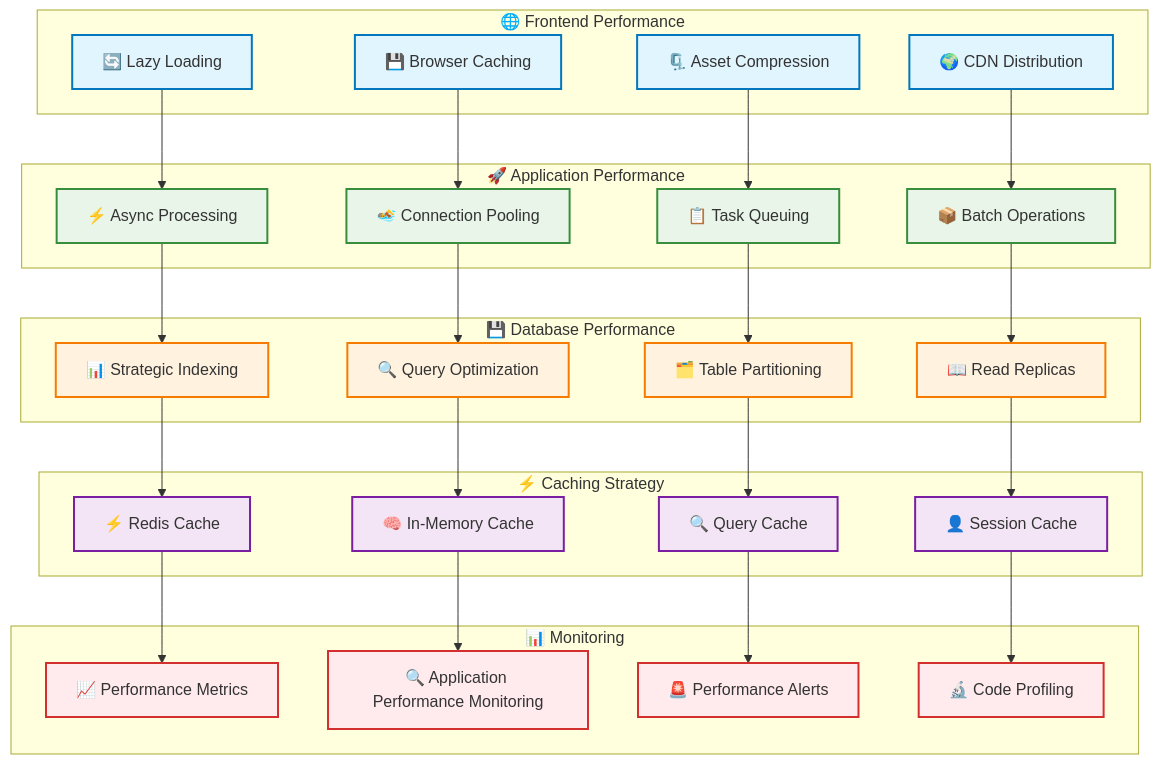
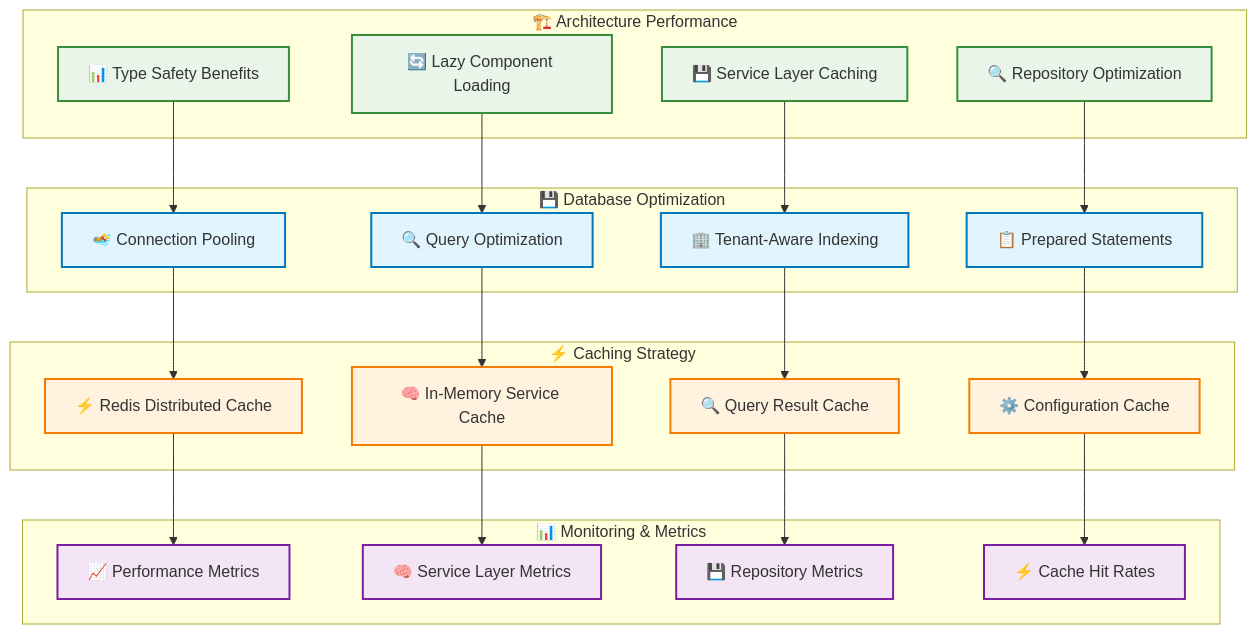
Diagram 14 of 16 in ARCHITECTURE.md (MakerCorn/ai-prompt-manager), drawn with Mermaid before and after one commit. The commit also changed other lines of this file and 39 other files, not shown here.

````diff
--- a/ARCHITECTURE.md
+++ b/ARCHITECTURE.md
@@ -977,69 +896,55 @@
 ```mermaid
 graph TB
-    subgraph "🌐 Frontend Performance"
-        LAZY[🔄 Lazy Loading]
-        CACHE_FE[💾 Browser Caching]
-        COMPRESS[🗜️ Asset Compression]
-        CDN[🌍 CDN Distribution]
+    subgraph "🏗️ Architecture Performance"
+        TYPE_SAFETY[📊 Type Safety Benefits]
+        LAZY_LOADING[🔄 Lazy Component Loading]
+        SERVICE_CACHING[💾 Service Layer Caching]
+        REPOSITORY_OPT[🔍 Repository Optimization]
     end
 
-    subgraph "🚀 Application Performance"
-        ASYNC[⚡ Async Processing]
-        POOL[🏊 Connection Pooling]
-        QUEUE[📋 Task Queuing]
-        BATCH[📦 Batch Operations]
-    end
-
-    subgraph "💾 Database Performance"
-        INDEX[📊 Strategic Indexing]
+    subgraph "💾 Database Optimization"
+        CONNECTION_POOL[🏊 Connection Pooling]
         QUERY_OPT[🔍 Query Optimization]
-        PARTITION[🗂️ Table Partitioning]
-        READ_REPLICA[📖 Read Replicas]
+        TENANT_INDEX[🏢 Tenant-Aware Indexing]
+        PREPARED_STMT[📋 Prepared Statements]
     end
 
     subgraph "⚡ Caching Strategy"
-        REDIS_CACHE[⚡ Redis Cache]
-        MEMORY_CACHE[🧠 In-Memory Cache]
-        QUERY_CACHE[🔍 Query Cache]
-        SESSION_CACHE[👤 Session Cache]
+        REDIS_CACHE[⚡ Redis Distributed Cache]
+        MEMORY_CACHE[🧠 In-Memory Service Cache]
+        QUERY_CACHE[🔍 Query Result Cache]
+        CONFIG_CACHE[⚙️ Configuration Cache]
     end
 
-    subgraph "📊 Monitoring"
-        METRICS[📈 Performance Metrics]
-        APM[🔍 Application Performance Monitoring]
-        ALERTS[🚨 Performance Alerts]
-        PROFILING[🔬 Code Profiling]
+    subgraph "📊 Monitoring & Metrics"
+        PERFORMANCE_METRICS[📈 Performance Metrics]
+        SERVICE_METRICS[🧠 Service Layer Metrics]
+        REPOSITORY_METRICS[💾 Repository Metrics]
+        CACHE_METRICS[⚡ Cache Hit Rates]
     end
 
-    LAZY --> ASYNC
-    CACHE_FE --> POOL
-    COMPRESS --> QUEUE
-    CDN --> BATCH
+    TYPE_SAFETY --> CONNECTION_POOL
+    LAZY_LOADING --> QUERY_OPT
+    SERVICE_CACHING --> TENANT_INDEX
+    REPOSITORY_OPT --> PREPARED_STMT
     
-    ASYNC --> INDEX
-    POOL --> QUERY_OPT
-    QUEUE --> PARTITION
-    BATCH --> READ_REPLICA
+    CONNECTION_POOL --> REDIS_CACHE
+    QUERY_OPT --> MEMORY_CACHE
+    TENANT_INDEX --> QUERY_CACHE
+    PREPARED_STMT --> CONFIG_CACHE
     
-    INDEX --> REDIS_CACHE
-    QUERY_OPT --> MEMORY_CACHE
-    PARTITION --> QUERY_CACHE
-    READ_REPLICA --> SESSION_CACHE
-    
-    REDIS_CACHE --> METRICS
-    MEMORY_CACHE --> APM
-    QUERY_CACHE --> ALERTS
-    SESSION_CACHE --> PROFILING
+    REDIS_CACHE --> PERFORMANCE_METRICS
+    MEMORY_CACHE --> SERVICE_METRICS
+    QUERY_CACHE --> REPOSITORY_METRICS
+    CONFIG_CACHE --> CACHE_METRICS
 
-    classDef frontend fill:#e1f5fe,stroke:#0277bd,stroke-width:2px
-    classDef app fill:#e8f5e8,stroke:#388e3c,stroke-width:2px
-    classDef database fill:#fff3e0,stroke:#f57c00,stroke-width:2px
-    classDef caching fill:#f3e5f5,stroke:#7b1fa2,stroke-width:2px
-    classDef monitoring fill:#ffebee,stroke:#d32f2f,stroke-width:2px
+    classDef architecture fill:#e8f5e8,stroke:#388e3c,stroke-width:2px
+    classDef database fill:#e1f5fe,stroke:#0277bd,stroke-width:2px
+    classDef caching fill:#fff3e0,stroke:#f57c00,stroke-width:2px
+    classDef monitoring fill:#f3e5f5,stroke:#7b1fa2,stroke-width:2px
 
-    class LAZY,CACHE_FE,COMPRESS,CDN frontend
-    class ASYNC,POOL,QUEUE,BATCH app
-    class INDEX,QUERY_OPT,PARTITION,READ_REPLICA database
-    class REDIS_CACHE,MEMORY_CACHE,QUERY_CACHE,SESSION_CACHE caching
-    class METRICS,APM,ALERTS,PROFILING monitoring
+    class TYPE_SAFETY,LAZY_LOADING,SERVICE_CACHING,REPOSITORY_OPT architecture
+    class CONNECTION_POOL,QUERY_OPT,TENANT_INDEX,PREPARED_STMT database
+    class REDIS_CACHE,MEMORY_CACHE,QUERY_CACHE,CONFIG_CACHE caching
+    class PERFORMANCE_METRICS,SERVICE_METRICS,REPOSITORY_METRICS,CACHE_METRICS monitoring
 ```
````
